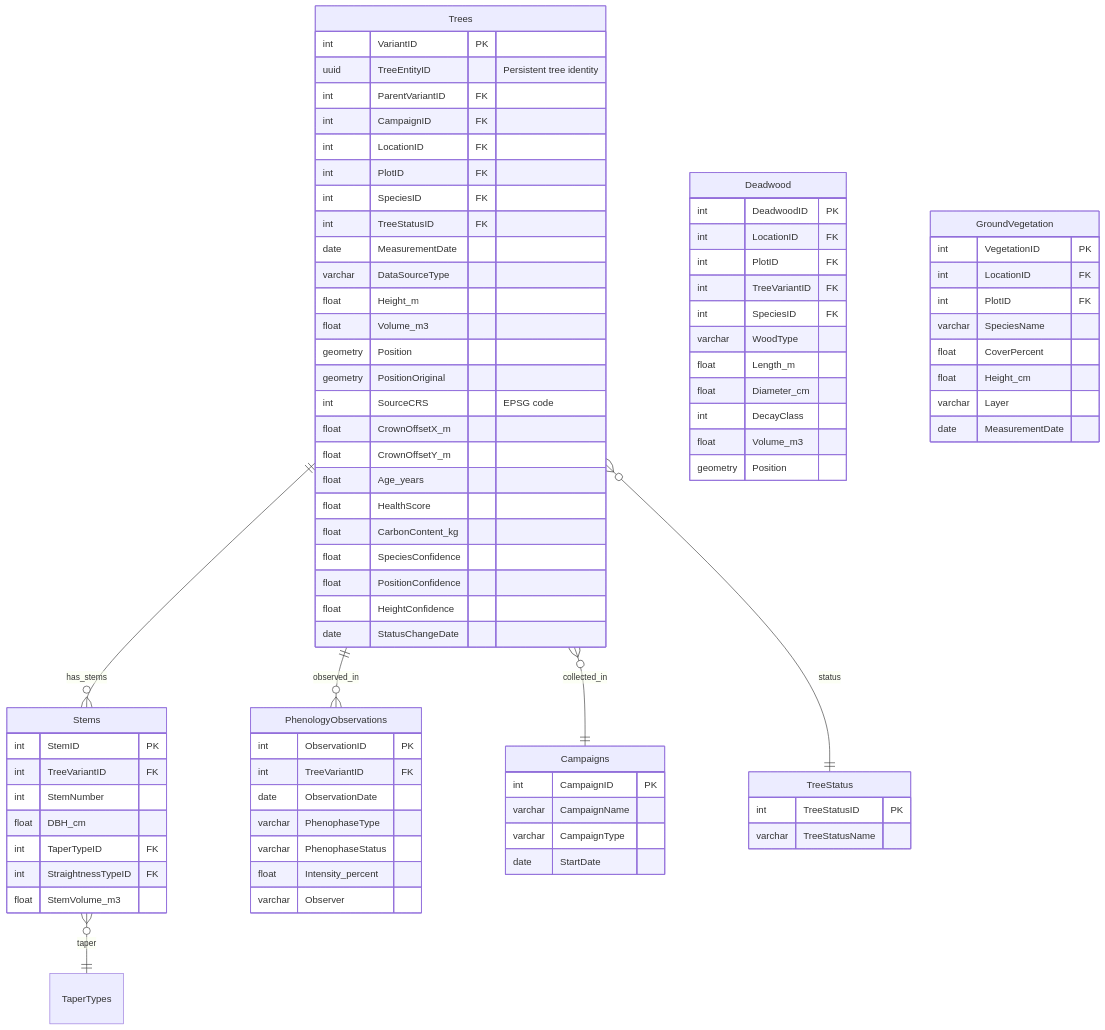
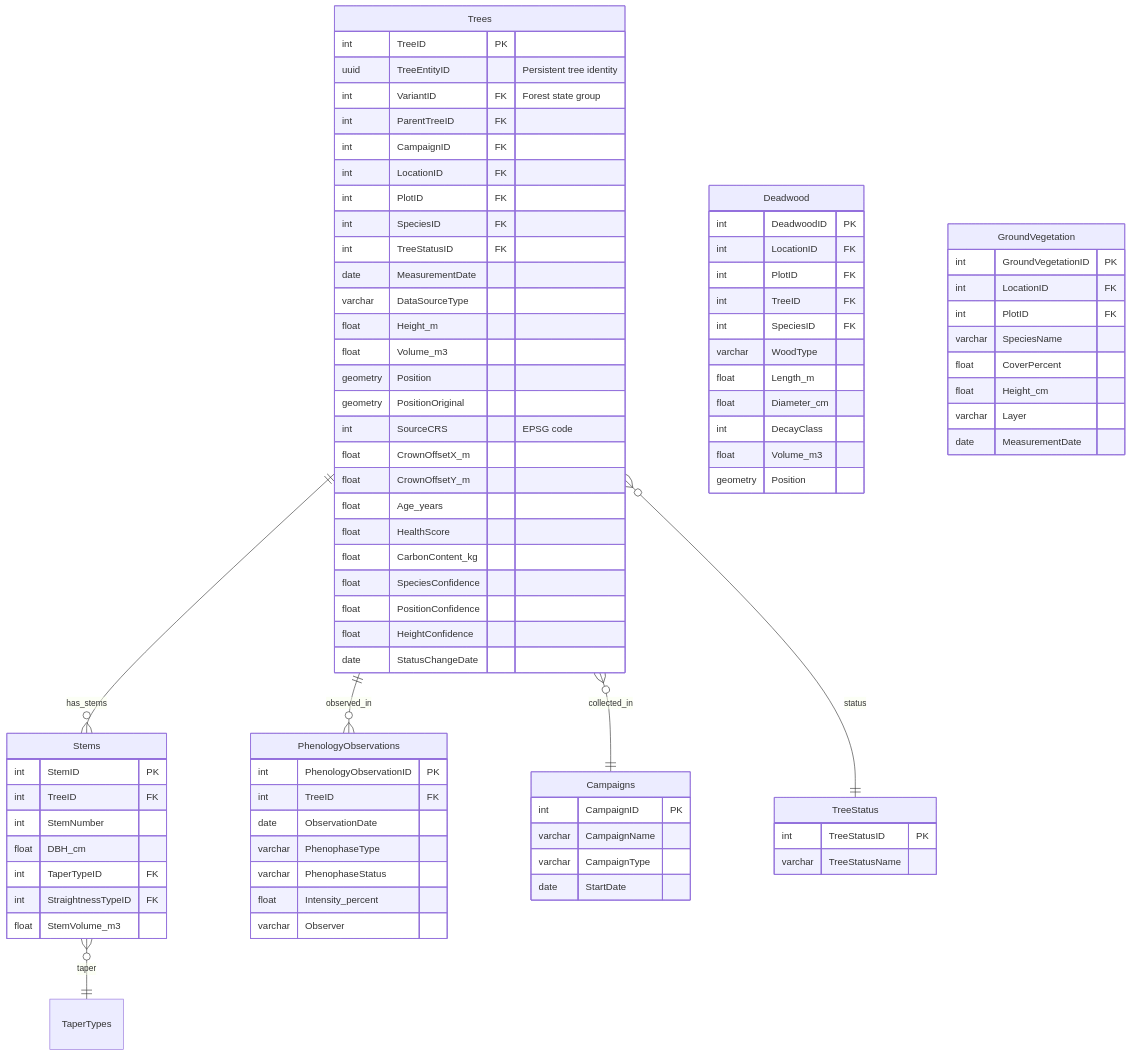
The second of 7 diagrams in docs/database-overview.md (XRFutureForests/digital-twin-db), drawn with Mermaid before and after one commit. The commit also changed other lines of this file and 27 other files, not shown here.

````diff
--- a/docs/database-overview.md
+++ b/docs/database-overview.md
@@ -217,9 +217,10 @@
 ```mermaid
 erDiagram
     Trees {
-        int VariantID PK
+        int TreeID PK
         uuid TreeEntityID "Persistent tree identity"
-        int ParentVariantID FK
+        int VariantID FK "Forest state group"
+        int ParentTreeID FK
         int CampaignID FK
         int LocationID FK
         int PlotID FK
@@ -245,7 +246,7 @@
 
     Stems {
         int StemID PK
-        int TreeVariantID FK
+        int TreeID FK
         int StemNumber
         float DBH_cm
         int TaperTypeID FK
@@ -254,8 +255,8 @@
     }
 
     PhenologyObservations {
-        int ObservationID PK
-        int TreeVariantID FK
+        int PhenologyObservationID PK
+        int TreeID FK
         date ObservationDate
         varchar PhenophaseType
         varchar PhenophaseStatus
@@ -267,7 +268,7 @@
         int DeadwoodID PK
         int LocationID FK
         int PlotID FK
-        int TreeVariantID FK
+        int TreeID FK
         int SpeciesID FK
         varchar WoodType
         float Length_m
@@ -278,7 +279,7 @@
     }
 
     GroundVegetation {
-        int VegetationID PK
+        int GroundVegetationID PK
         int LocationID FK
         int PlotID FK
         varchar SpeciesName
````
